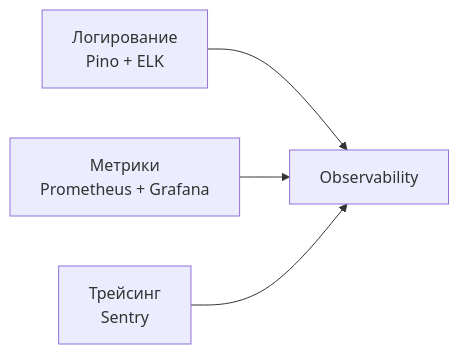
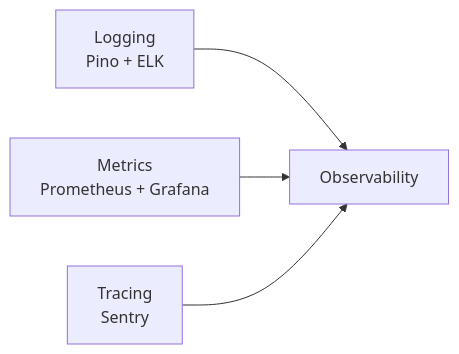
One commit to JosephIsrafilov/yolustu changed the sixth of 7 diagrams in yolustu_architecture.md. Above: the diagram before and after it, drawn with Mermaid. The commit also changed other lines of this file and 2 other files, not shown here.

````diff
--- a/yolustu_architecture.md
+++ b/yolustu_architecture.md
@@ -276,6 +276,6 @@
 ```mermaid
 graph LR
-    A["Логирование\nPino + ELK"] --> D["Observability"]
-    B["Метрики\nPrometheus + Grafana"] --> D
-    C["Трейсинг\nSentry"] --> D
+    A["Logging\nPino + ELK"] --> D["Observability"]
+    B["Metrics\nPrometheus + Grafana"] --> D
+    C["Tracing\nSentry"] --> D
 ```
````
